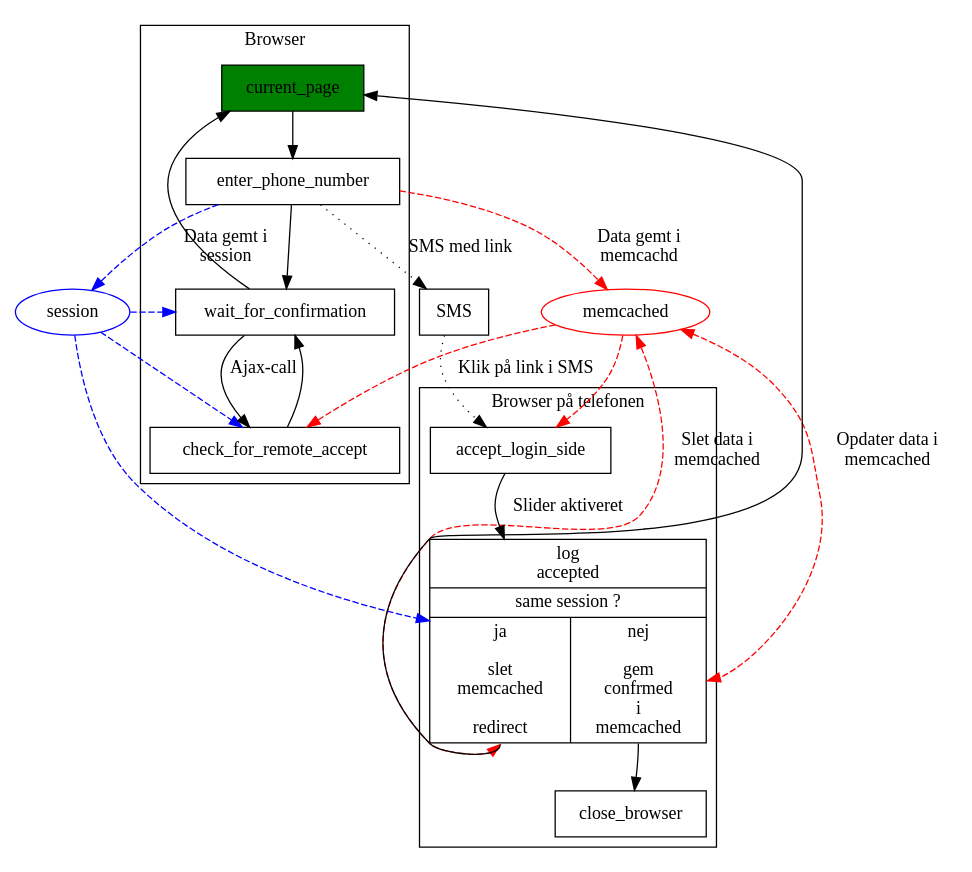
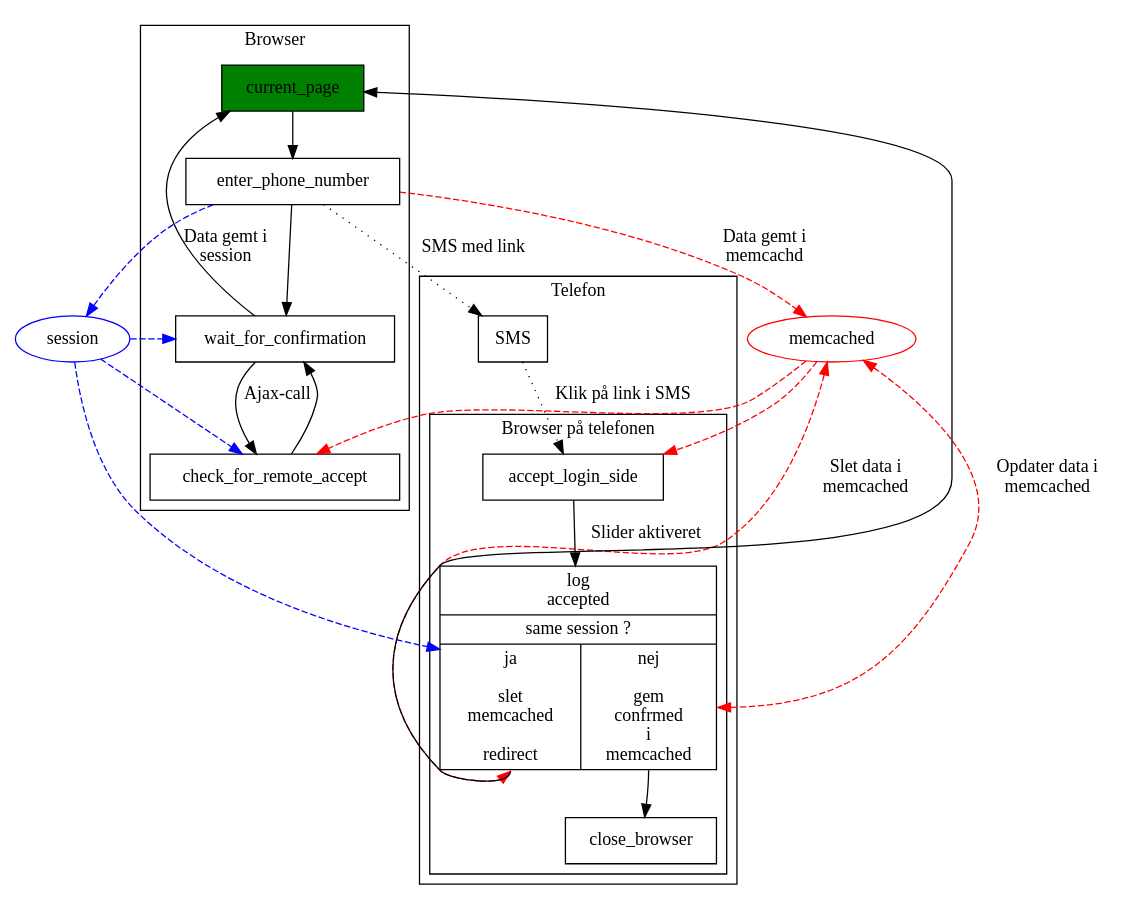
The diagram in projekter/sms-login.dot (alslug/alslug.dk), drawn with Graphviz before and after one commit.

```diff
--- a/projekter/sms-login.dot
+++ b/projekter/sms-login.dot
@@ -1,38 +1,42 @@
 digraph xxx {
   node [ shape=box ];
   {
     edge [ style=dashed color=red ];
     enter_phone_number -> memcached [ label="Data gemt i \nmemcachd"]; /////
                           memcached [ shape=ellipse color=red ];
                           memcached -> check_for_remote_accept;
                           memcached -> accept_login_side;
                           memcached -> login_accepted:ja [ label = "Slet data i \nmemcached" dir=both ];
                           memcached -> login_accepted:nej [ label = "Opdater data i \nmemcached" dir=both ];
     edge [ style=dashed color=blue ];
         enter_phone_number -> session [ label="Data gemt i \nsession"];    /////
                               session [ shape=ellipse color=blue ];
                               session -> wait_for_confirmation;
                               session -> check_for_remote_accept;
                               session -> login_accepted;
   }
   subgraph cluster_browser {
     label = "Browser";
     current_page [ style=filled fillcolor=green ];
     current_page -> enter_phone_number -> wait_for_confirmation;
                                           wait_for_confirmation -> check_for_remote_accept [ label="Ajax-call" ];
                                           wait_for_confirmation -> check_for_remote_accept [ dir=back ];
     current_page -> wait_for_confirmation [ dir=back ];
   }
   subgraph cluster_telefon {
-    label = "Browser på telefonen";
-    login_accepted [ shape=record label="{log \n accepted | same session ?|{ <ja> ja \n \n slet \n memcached \n \n redirect | <nej> nej \n \n gem \n confrmed \n i \n memcached}}" ];
-    accept_login_side -> login_accepted [ label="Slider aktiveret" ];
-    current_page -> login_accepted:ja [ dir=back ];
-                    login_accepted:nej -> close_browser;
+    label = "Telefon";
+    SMS;
+    subgraph cluster_telefon_browser {
+      label = "Browser på telefonen";
+      login_accepted [ shape=record label="{log \n accepted | same session ?|{ <ja> ja \n \n slet \n memcached \n \n redirect | <nej> nej \n \n gem \n confrmed \n i \n memcached}}" ];
+      accept_login_side -> login_accepted [ label="Slider aktiveret" ];
+      current_page -> login_accepted:ja [ dir=back ];
+                        login_accepted:nej -> close_browser;
+    }
   }
   {
     edge [ style= dotted ];
     enter_phone_number -> SMS [ label="SMS med link"];
     SMS -> accept_login_side [ label="Klik på link i SMS" ];
   }
 }
```
